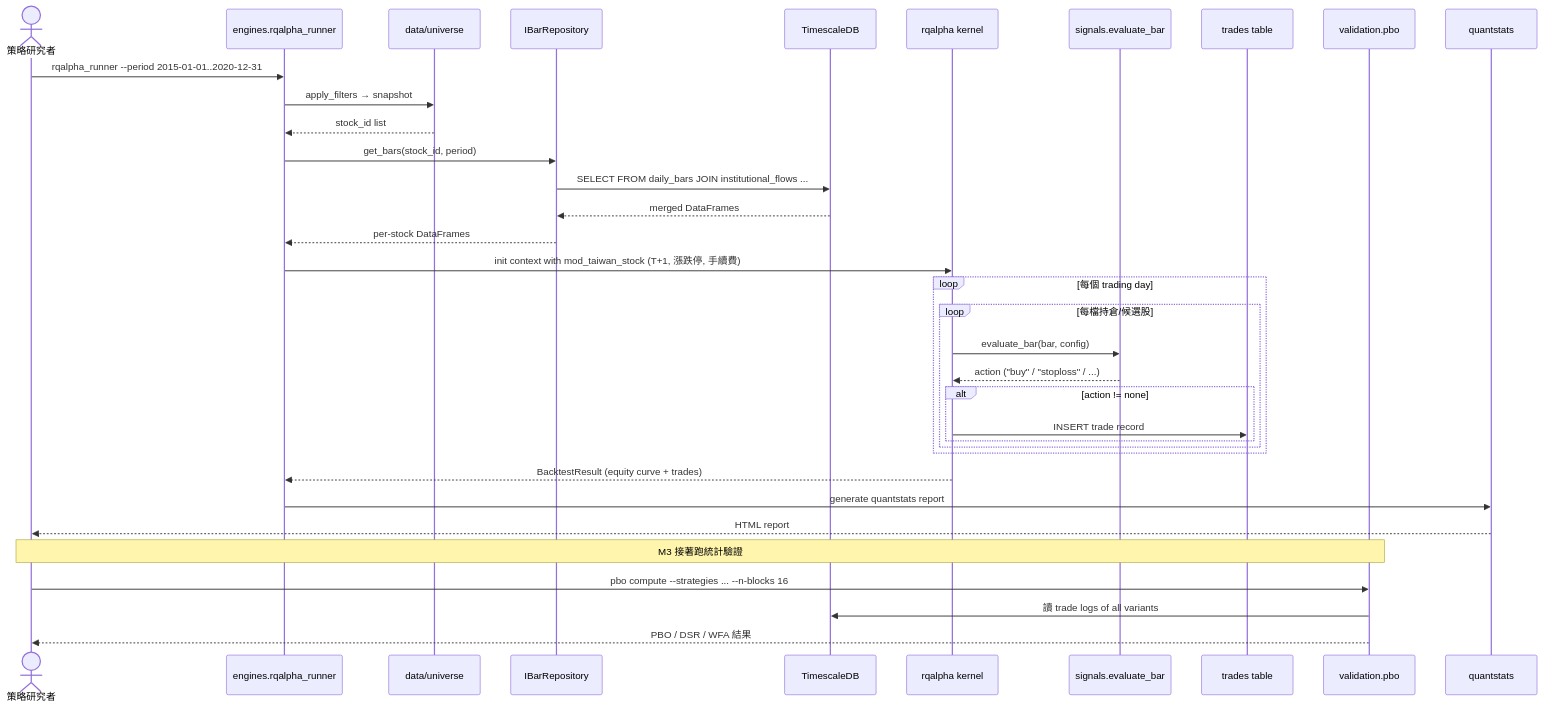
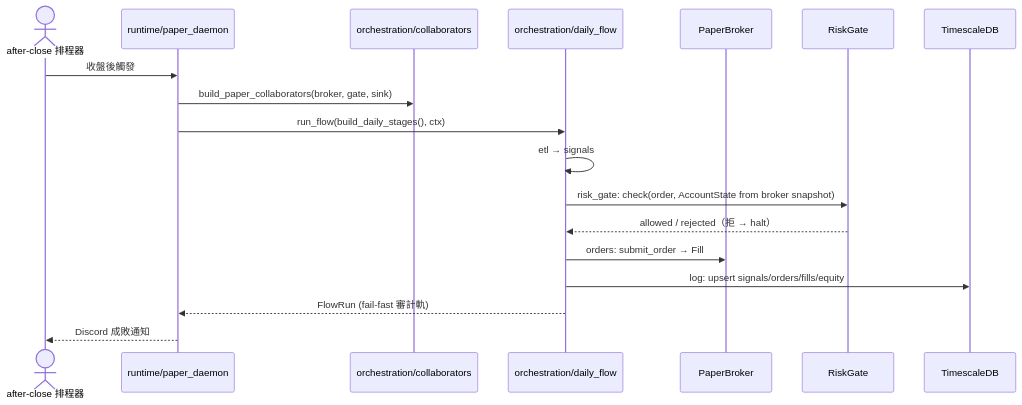
Before and after one commit to Zenobia000/Quantitative_Trading: the seventh of 7 diagrams in dev_docs/05_architecture_and_design_document.md, drawn with Mermaid. The commit also changed other lines of this file and 51 other files, not shown here.

````diff
--- a/dev_docs/05_architecture_and_design_document.md
+++ b/dev_docs/05_architecture_and_design_document.md
@@ -633,40 +360,21 @@
 ```mermaid
 sequenceDiagram
-    actor User as 策略研究者
-    participant CLI as engines.rqalpha_runner
-    participant Univ as data/universe
-    participant Repo as IBarRepository
-    participant TSDB as TimescaleDB
-    participant RQ as rqalpha kernel
-    participant Sig as signals.evaluate_bar
-    participant Trades as trades table
-    participant Val as validation.pbo
-    participant QS as quantstats
+    actor Sched as after-close 排程器
+    participant D as runtime/paper_daemon
+    participant C as orchestration/collaborators
+    participant F as orchestration/daily_flow
+    participant B as PaperBroker
+    participant R as RiskGate
+    participant DB as TimescaleDB
 
-    User->>CLI: rqalpha_runner --period 2015-01-01..2020-12-31
-    CLI->>Univ: apply_filters → snapshot
-    Univ-->>CLI: stock_id list
-    CLI->>Repo: get_bars(stock_id, period)
-    Repo->>TSDB: SELECT FROM daily_bars JOIN institutional_flows ...
-    TSDB-->>Repo: merged DataFrames
-    Repo-->>CLI: per-stock DataFrames
-
-    CLI->>RQ: init context with mod_taiwan_stock (T+1, 漲跌停, 手續費)
-    loop 每個 trading day
-        loop 每檔持倉/候選股
-            RQ->>Sig: evaluate_bar(bar, config)
-            Sig-->>RQ: action ("buy" / "stoploss" / ...)
-            alt action != none
-                RQ->>Trades: INSERT trade record
-            end
-        end
-    end
-    RQ-->>CLI: BacktestResult (equity curve + trades)
-    CLI->>QS: generate quantstats report
-    QS-->>User: HTML report
-
-    Note over User,Val: M3 接著跑統計驗證
-    User->>Val: pbo compute --strategies ... --n-blocks 16
-    Val->>TSDB: 讀 trade logs of all variants
-    Val-->>User: PBO / DSR / WFA 結果
+    Sched->>D: 收盤後觸發
+    D->>C: build_paper_collaborators(broker, gate, sink)
+    D->>F: run_flow(build_daily_stages(), ctx)
+    F->>F: etl → signals
+    F->>R: risk_gate: check(order, AccountState from broker snapshot)
+    R-->>F: allowed / rejected（拒 → halt）
+    F->>B: orders: submit_order → Fill
+    F->>DB: log: upsert signals/orders/fills/equity
+    F-->>D: FlowRun (fail-fast 審計軌)
+    D-->>Sched: Discord 成敗通知
 ```
````
